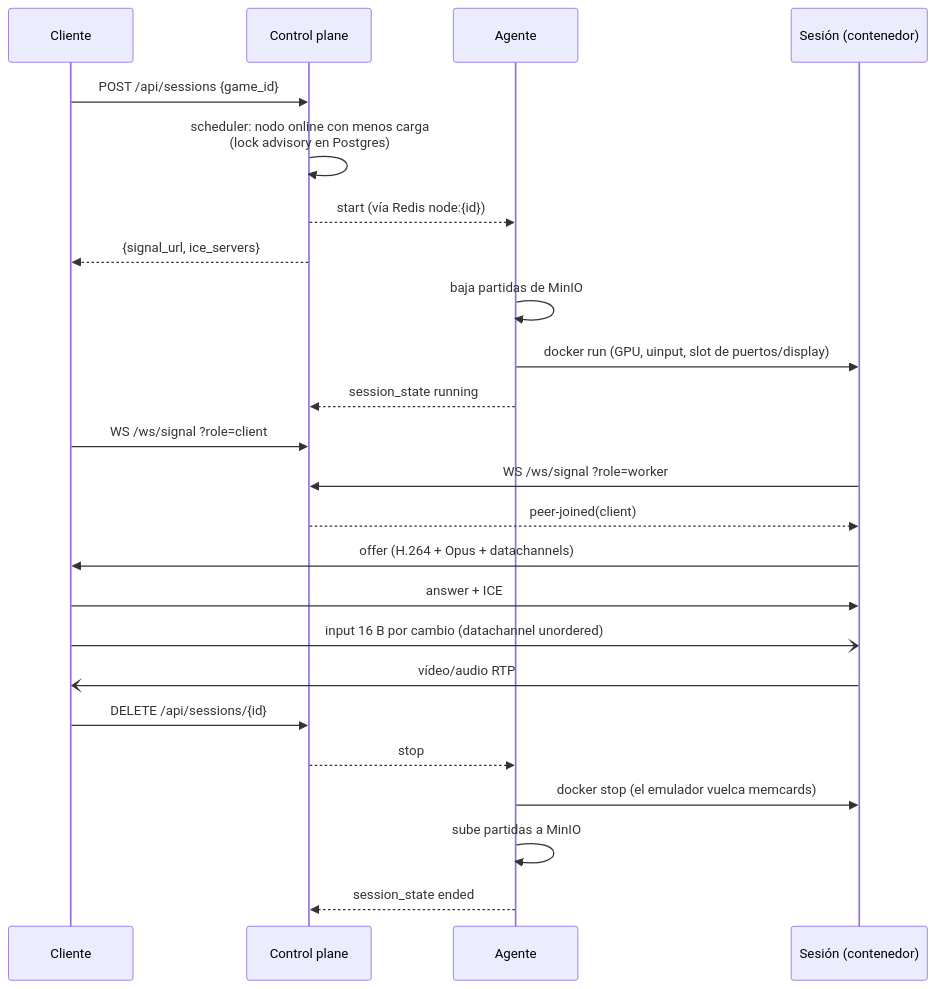
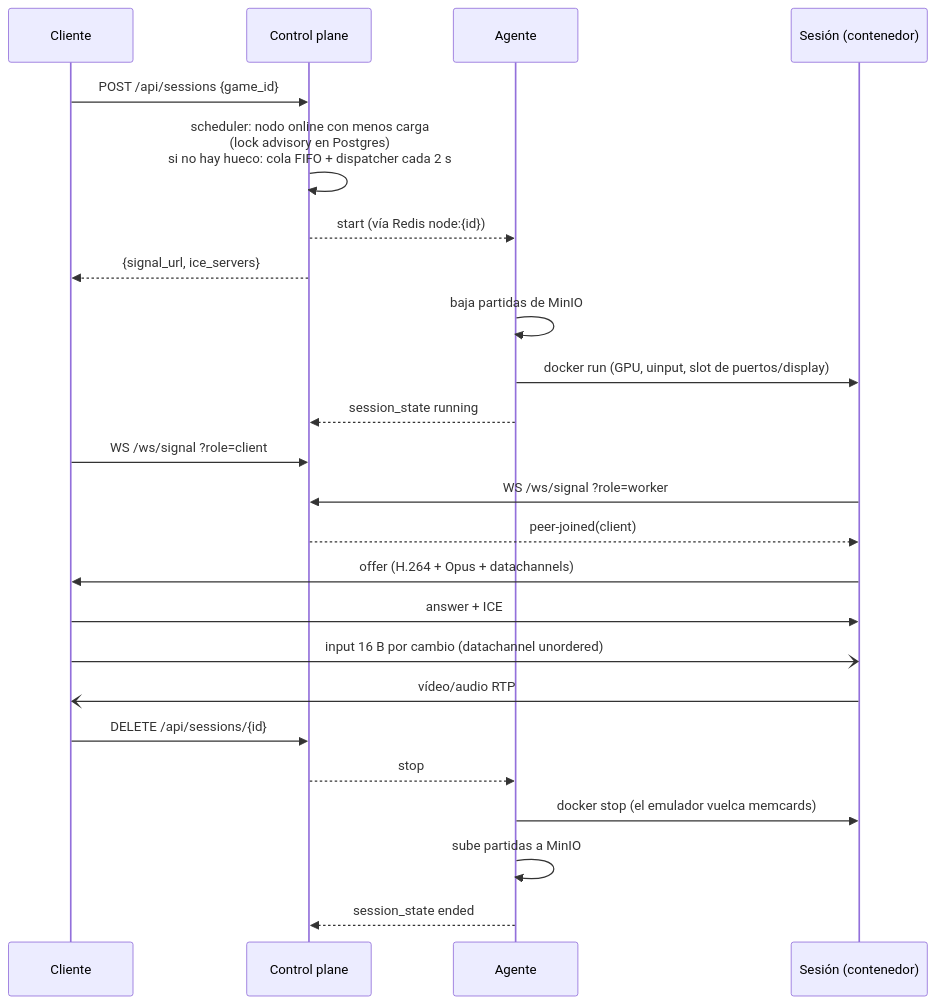
Before and after one commit to fieropirata275/CloudPlay: the second of 2 diagrams in docs/ARCHITECTURE.md, drawn with Mermaid. The commit also changed other lines of this file and 34 other files, not shown here.

````diff
--- a/docs/ARCHITECTURE.md
+++ b/docs/ARCHITECTURE.md
@@ -46,26 +46,26 @@
 ```mermaid
 sequenceDiagram
   participant C as Cliente
   participant API as Control plane
   participant AG as Agente
   participant S as Sesión (contenedor)
   C->>API: POST /api/sessions {game_id}
-  API->>API: scheduler: nodo online con menos carga<br/>(lock advisory en Postgres)
+  API->>API: scheduler: nodo online con menos carga<br/>(lock advisory en Postgres)<br/>si no hay hueco: cola FIFO + dispatcher cada 2 s
   API-->>AG: start (vía Redis node:{id})
   API-->>C: {signal_url, ice_servers}
   AG->>AG: baja partidas de MinIO
   AG->>S: docker run (GPU, uinput, slot de puertos/display)
   AG-->>API: session_state running
   C->>API: WS /ws/signal ?role=client
   S->>API: WS /ws/signal ?role=worker
   API-->>S: peer-joined(client)
   S->>C: offer (H.264 + Opus + datachannels)
   C->>S: answer + ICE
   C-)S: input 16 B por cambio (datachannel unordered)
   S-)C: vídeo/audio RTP
   C->>API: DELETE /api/sessions/{id}
   API-->>AG: stop
   AG->>S: docker stop (el emulador vuelca memcards)
   AG->>AG: sube partidas a MinIO
   AG-->>API: session_state ended
 ```
````
